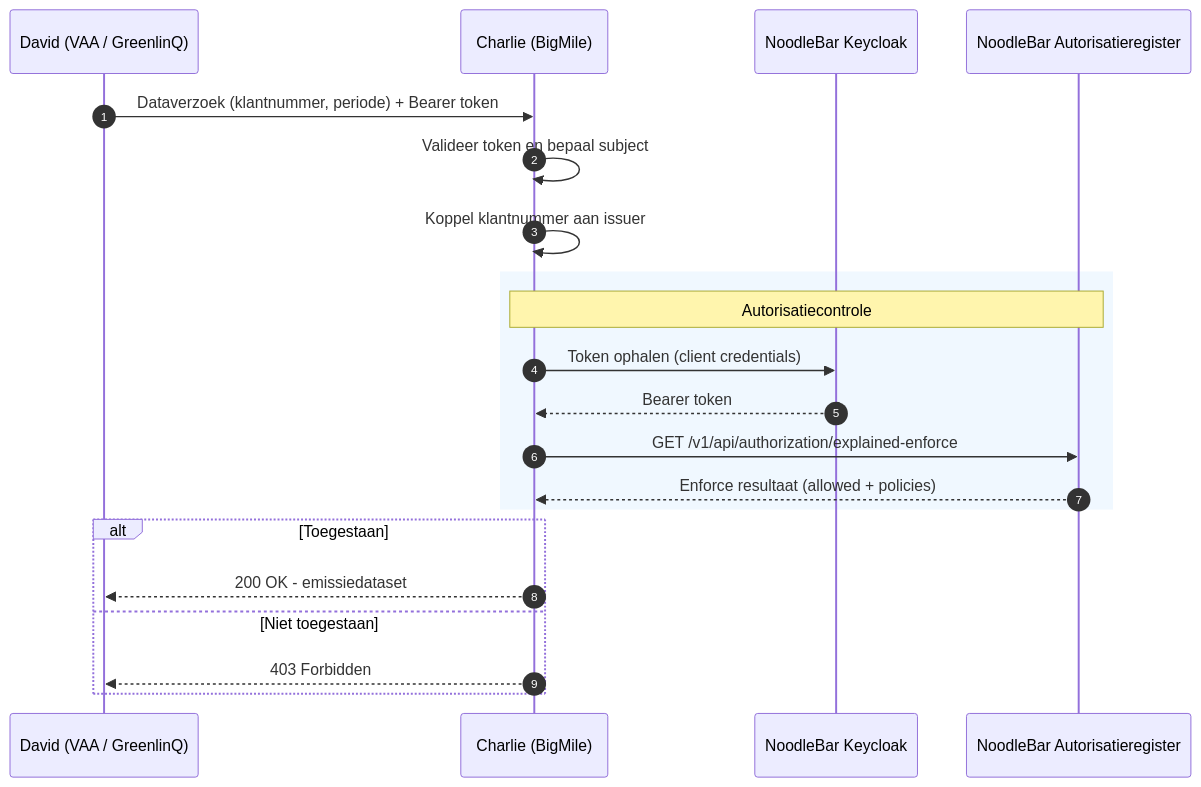
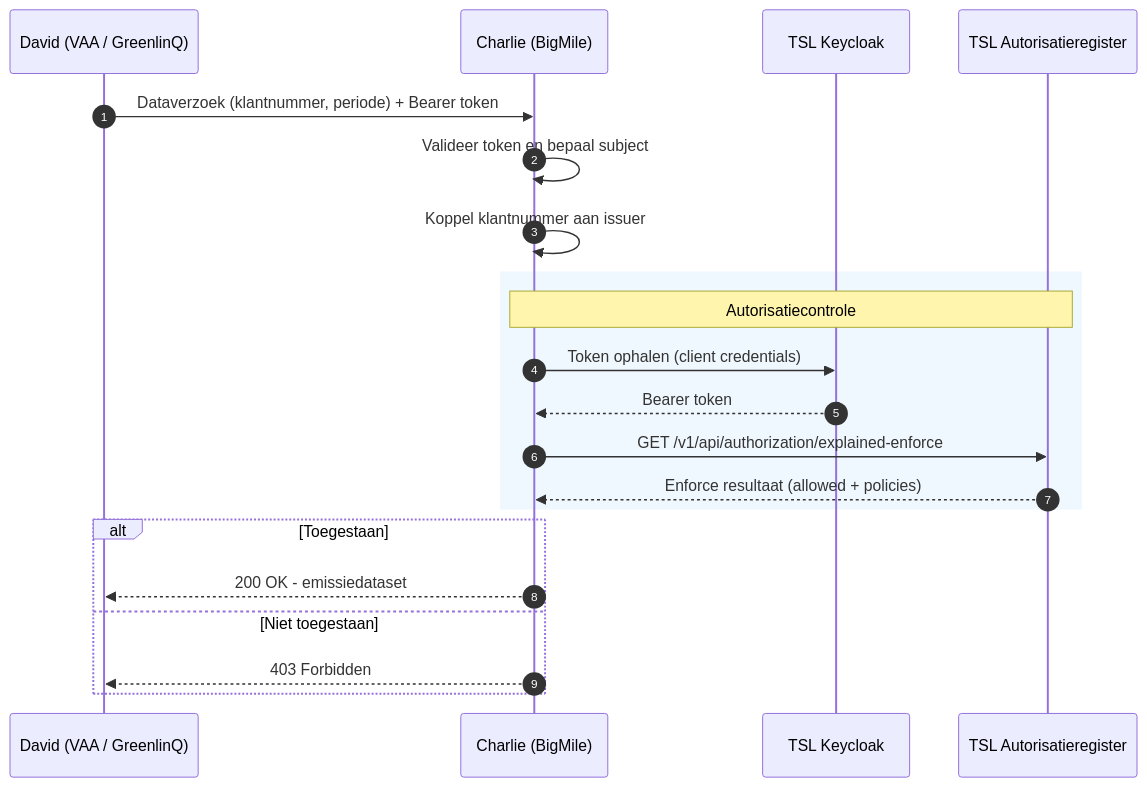
The diagram in tsl/transport-emissie-data-autorisatie.md (POORT8/Poort8.Docs), drawn with Mermaid before and after one commit. The commit also changed other lines of this file and 3 other files, not shown here.

````diff
--- a/tsl/transport-emissie-data-autorisatie.md
+++ b/tsl/transport-emissie-data-autorisatie.md
@@ -41,26 +41,26 @@
 ```mermaid
 sequenceDiagram
     autonumber
     participant David as David (VAA / GreenlinQ)
     participant Charlie as Charlie (BigMile)
-    participant Auth as NoodleBar Keycloak
-    participant AR as NoodleBar Autorisatieregister
+    participant Auth as TSL Keycloak
+    participant AR as TSL Autorisatieregister
 
     David->>Charlie: Dataverzoek (klantnummer, periode) + Bearer token
     Charlie->>Charlie: Valideer token en bepaal subject
     Charlie->>Charlie: Koppel klantnummer aan issuer
 
     rect rgb(240, 248, 255)
         Note over Charlie,AR: Autorisatiecontrole
         Charlie->>Auth: Token ophalen (client credentials)
         Auth-->>Charlie: Bearer token
         Charlie->>AR: GET /v1/api/authorization/explained-enforce
         AR-->>Charlie: Enforce resultaat (allowed + policies)
     end
 
     alt Toegestaan
         Charlie-->>David: 200 OK - emissiedataset
     else Niet toegestaan
         Charlie-->>David: 403 Forbidden
     end
 ```
````
